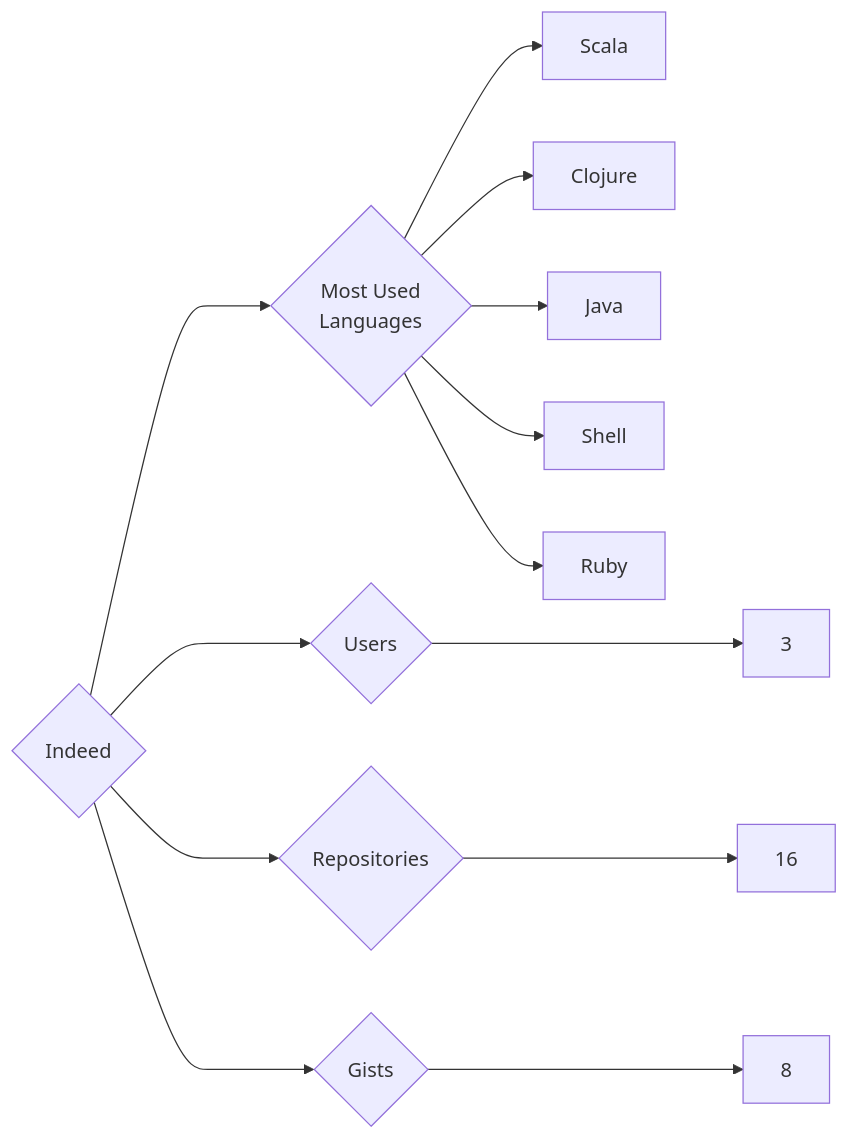
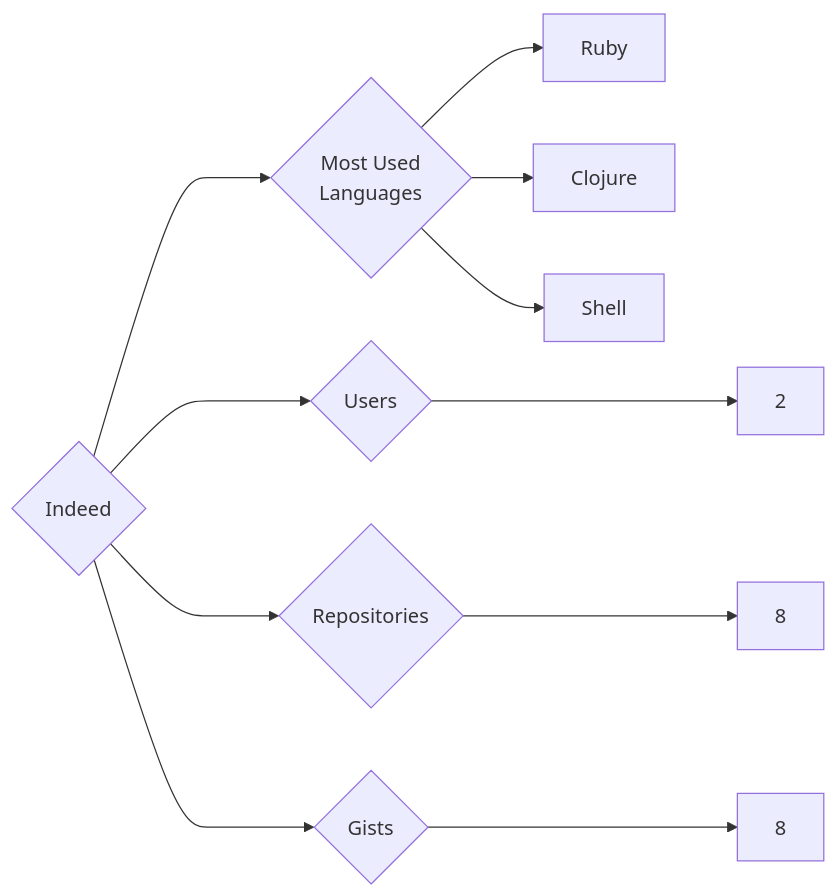
One commit to trickest/insiders changed the diagram in targets/Indeed/README.md. Above: the diagram before and after it, drawn with Mermaid. The commit also changed 724 other files, not shown here.

````diff
--- a/targets/Indeed/README.md
+++ b/targets/Indeed/README.md
@@ -3,13 +3,11 @@
 ```mermaid
 graph LR
 COMPANY_NAME{Indeed}
-COMPANY_NAME ---> U{Users} ---> UN[3]
-COMPANY_NAME ---> R{Repositories} ---> RN[16]
+COMPANY_NAME ---> U{Users} ---> UN[2]
+COMPANY_NAME ---> R{Repositories} ---> RN[8]
 COMPANY_NAME ---> G{Gists} ---> GN[8]
 COMPANY_NAME ---> ML{Most Used<br>Languages}
-ML --> Scala[Scala]
+ML --> Ruby[Ruby]
 ML --> Clojure[Clojure]
-ML --> Java[Java]
 ML --> Shell[Shell]
-ML --> Ruby[Ruby]
 ```
````
